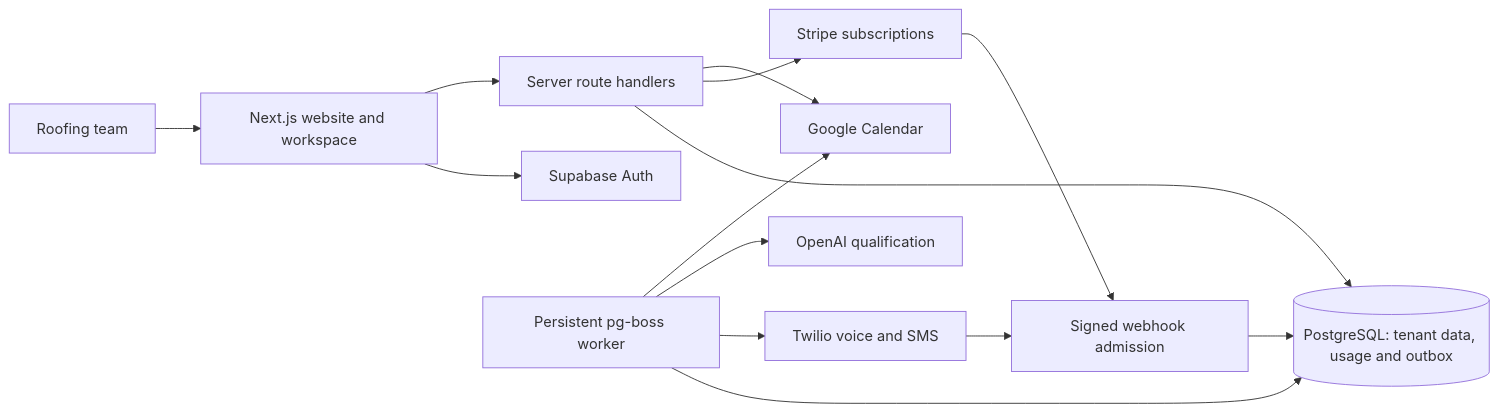
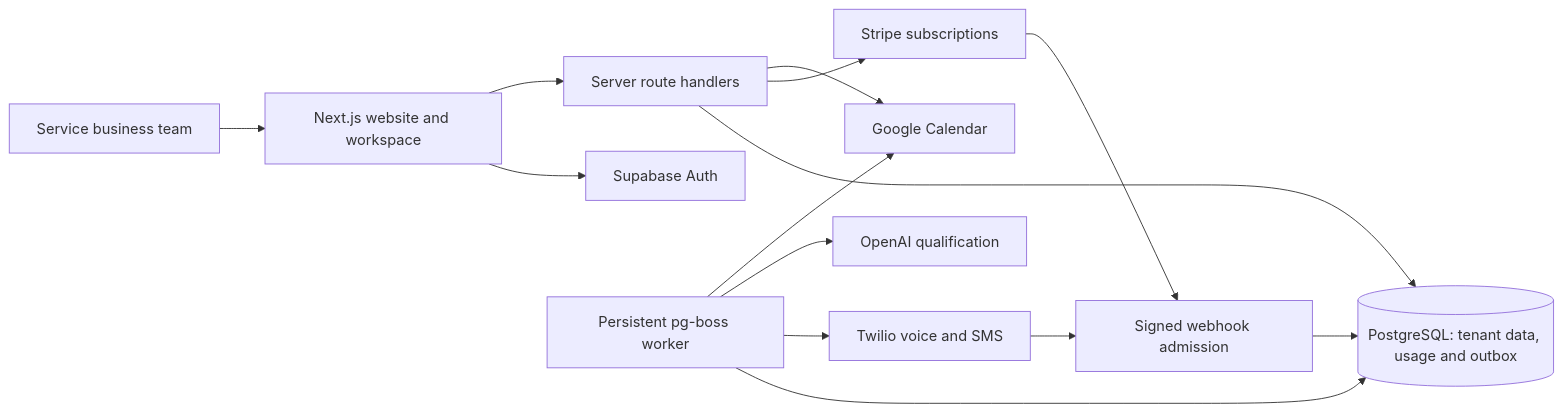
The diagram in README.md (KushagraSrivastava3028/LeadRescue-AI), drawn with Mermaid before and after one commit. The commit also changed other lines of this file and 32 other files, not shown here.

````diff
--- a/README.md
+++ b/README.md
@@ -93,16 +99,16 @@
 ```mermaid
 flowchart LR
-    Team[Roofing team] --> Web[Next.js website and workspace]
+    Team[Service business team] --> Web[Next.js website and workspace]
     Web --> Auth[Supabase Auth]
     Web --> API[Server route handlers]
     API --> DB[(PostgreSQL: tenant data, usage and outbox)]
     Twilio[Twilio voice and SMS] --> Hooks[Signed webhook admission]
     Stripe[Stripe subscriptions] --> Hooks
     Hooks --> DB
     Worker[Persistent pg-boss worker] --> DB
     Worker --> Twilio
     Worker --> AI[OpenAI qualification]
     Worker --> Calendar[Google Calendar]
     API --> Stripe
     API --> Calendar
 ```
````
